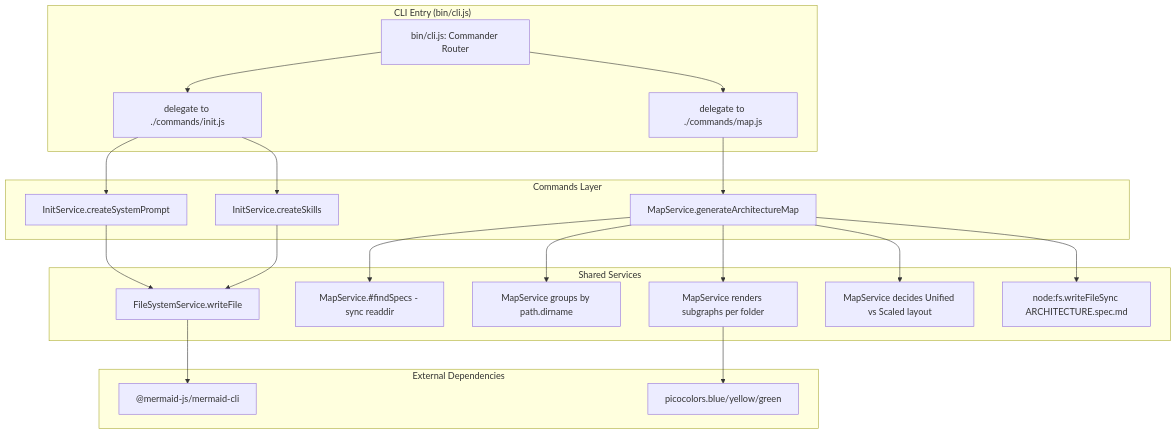
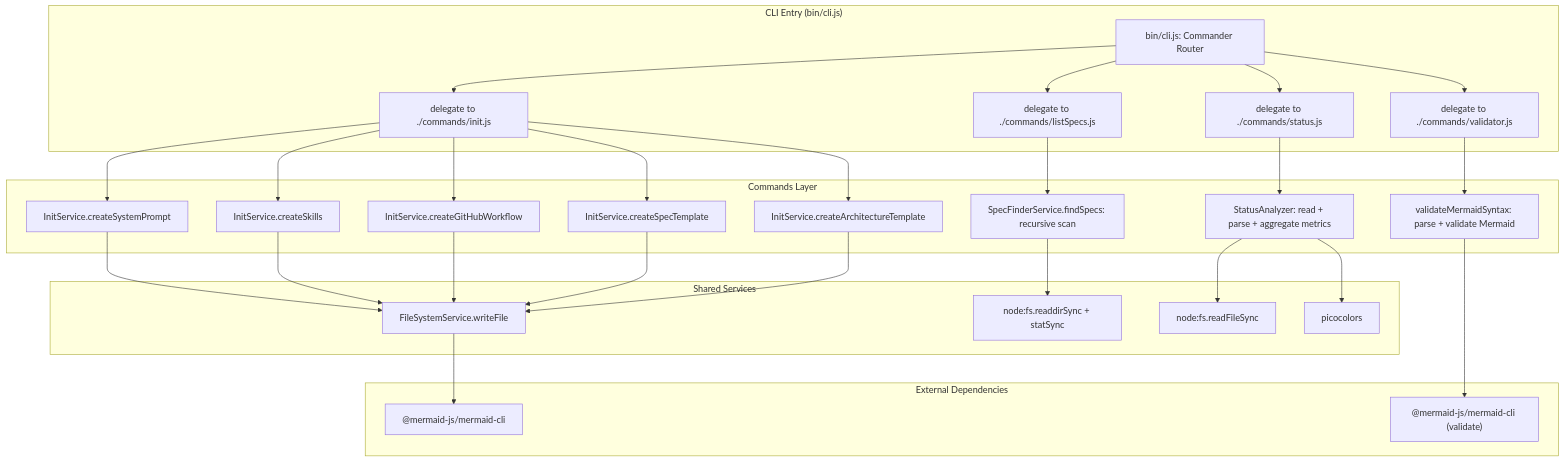
Before and after one commit to JulioCRFilho/mermaid-diagram-driven-development: the diagram in bin/cli.spec.md, drawn with Mermaid. The commit also changed other lines of this file and 6 other files, not shown here.

````diff
--- a/bin/cli.spec.md
+++ b/bin/cli.spec.md
@@ -7,29 +7,37 @@
 ```mermaid
-%% @spec-version v6.2.2
+%% @spec-version v6.3.0
 graph TD
     subgraph "CLI Entry (bin/cli.js)"
         A[bin/cli.js: Commander Router] --> B[delegate to ./commands/init.js]
-        A --> H[delegate to ./commands/map.js]
+        A --> V[delegate to ./commands/validator.js]
+        A --> LS[delegate to ./commands/listSpecs.js]
+        A --> ST[delegate to ./commands/status.js]
     end
 
     subgraph "Commands Layer"
         B --> C[InitService.createSystemPrompt]
         B --> D[InitService.createSkills]
-        H --> I[MapService.generateArchitectureMap]
+        B --> GT[InitService.createGitHubWorkflow]
+        B --> TM[InitService.createSpecTemplate]
+        B --> AT[InitService.createArchitectureTemplate]
+        V --> VM[validateMermaidSyntax: parse + validate Mermaid]
+        LS --> SF[SpecFinderService.findSpecs: recursive scan]
+        ST --> SA[StatusAnalyzer: read + parse + aggregate metrics]
     end
 
     subgraph "Shared Services"
         C --> E[FileSystemService.writeFile]
         D --> E
-        I --> J[MapService.#findSpecs - sync readdir]
-        I --> K[MapService groups by path.dirname]
-        I --> L[MapService renders subgraphs per folder]
-        I --> P[MapService decides Unified vs Scaled layout]
-        I --> M[node:fs.writeFileSync ARCHITECTURE.spec.md]
+        GT --> E
+        TM --> E
+        AT --> E
+        SF --> FS[node:fs.readdirSync + statSync]
+        SA --> FS2[node:fs.readFileSync]
+        SA --> PC[picocolors]
     end
 
     subgraph "External Dependencies"
-        E --> F["@mermaid-js/mermaid-cli"]
-        L --> N[picocolors.blue/yellow/green]
+        E --> MCLI["@mermaid-js/mermaid-cli"]
+        VM --> MCLI2["@mermaid-js/mermaid-cli (validate)"]
     end
 ```
````
